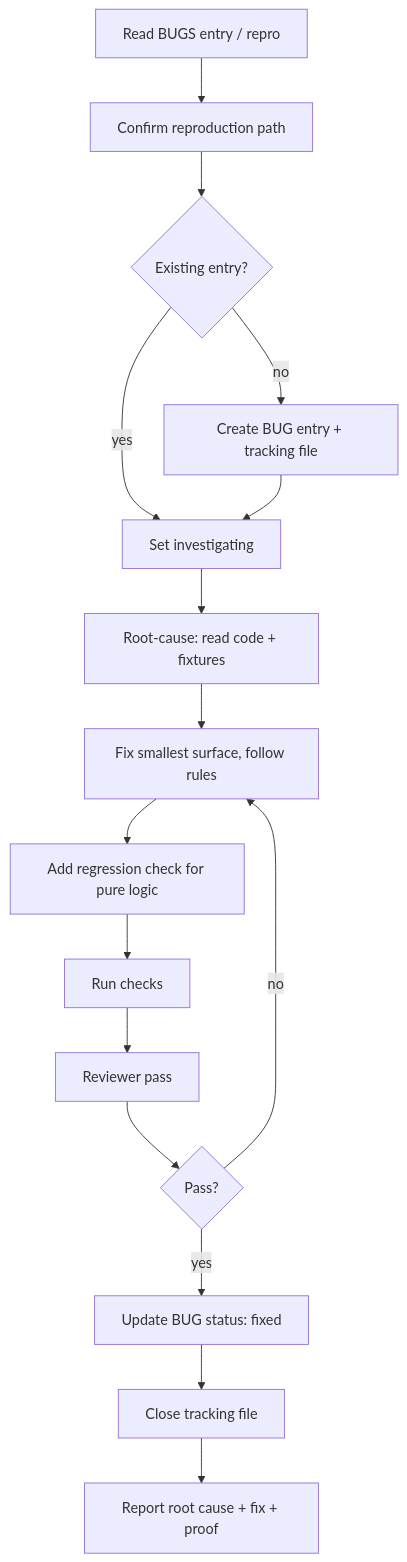
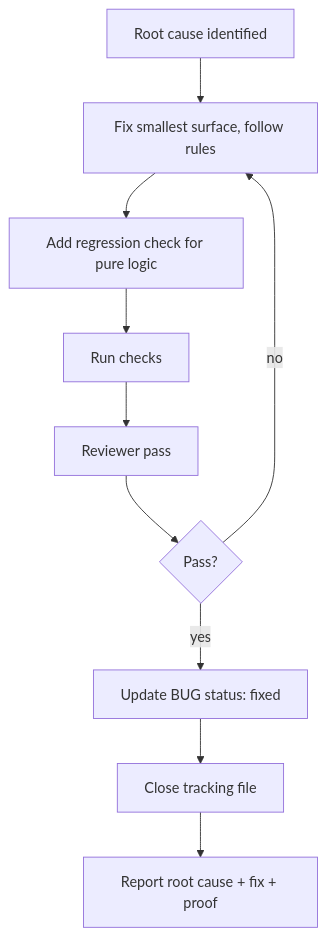
The second of 3 diagrams in .agents/skills/fix-bug.md (HELIX-Origin/nhentai-desktop), drawn with Mermaid before and after one commit. The commit also changed other lines of this file and 69 other files, not shown here.

````diff
--- a/.agents/skills/fix-bug.md
+++ b/.agents/skills/fix-bug.md
@@ -8,18 +21,12 @@
 ```mermaid
 flowchart TD
-    A[Read BUGS entry / repro] --> B[Confirm reproduction path]
-    B --> C{Existing entry?}
-    C -- no --> D[Create BUG entry + tracking file]
-    C -- yes --> E[Set investigating]
-    D --> E
-    E --> F[Root-cause: read code + fixtures]
-    F --> G[Fix smallest surface, follow rules]
+    F[Root cause identified] --> G[Fix smallest surface, follow rules]
     G --> H[Add regression check for pure logic]
     H --> I[Run checks]
     I --> J[Reviewer pass]
     J --> K{Pass?}
     K -- no --> G
     K -- yes --> L[Update BUG status: fixed]
     L --> M[Close tracking file]
     M --> N[Report root cause + fix + proof]
 ```
````
